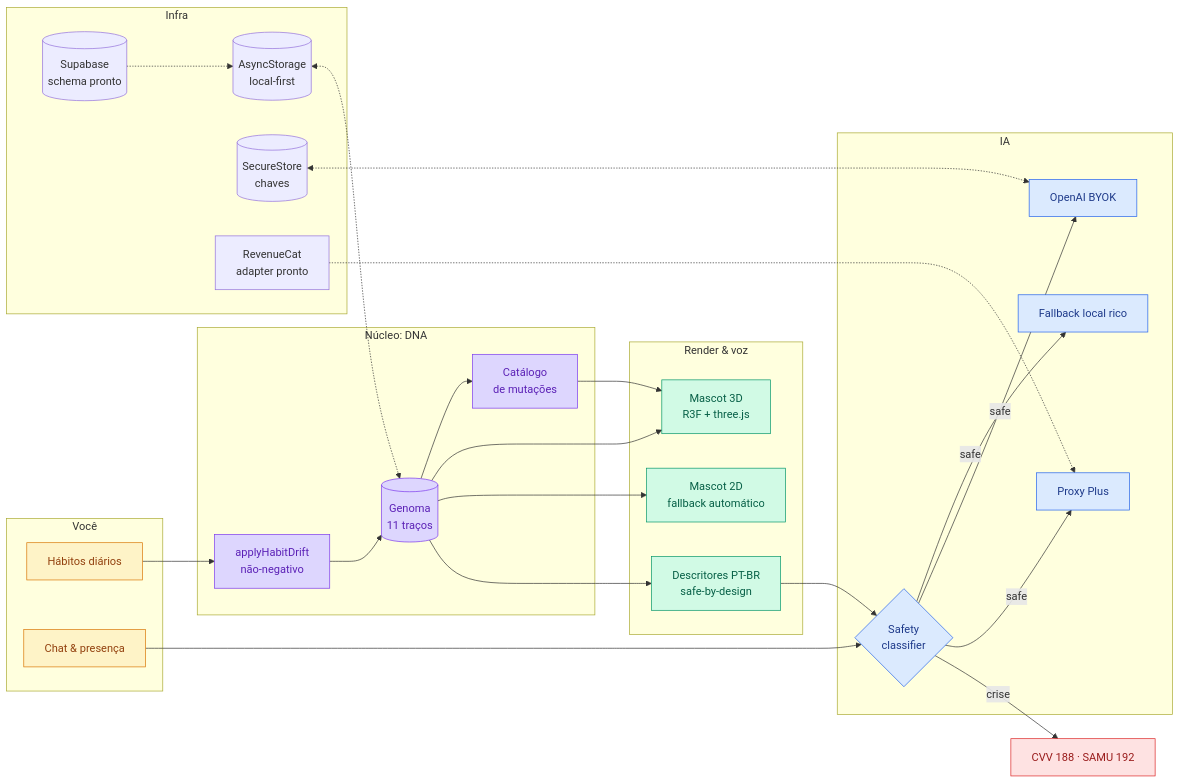
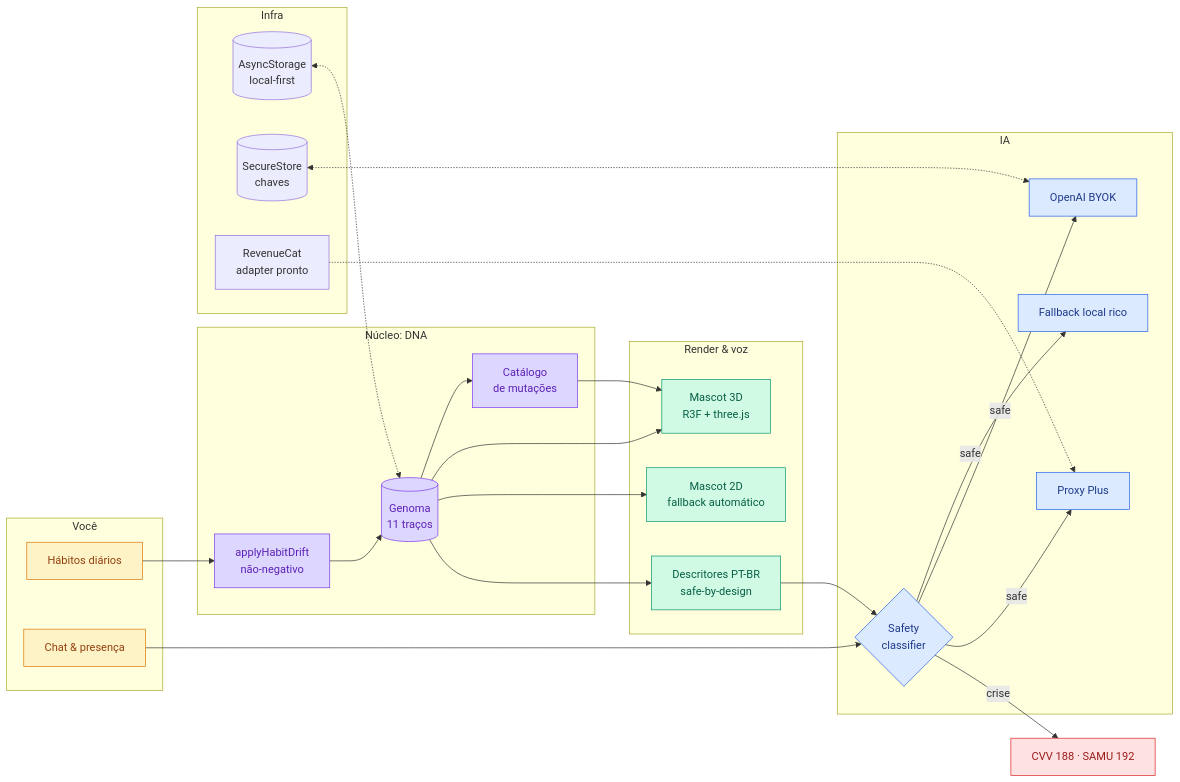
Before and after one commit to felipemenezes25000-spec/mascote: the first of 2 diagrams in README.md, drawn with Mermaid. The commit also changed other lines of this file and 108 other files, not shown here.

````diff
--- a/README.md
+++ b/README.md
@@ -102,53 +102,51 @@
 ```mermaid
 flowchart LR
   subgraph Você["Você"]
     H[Hábitos diários]
     C[Chat & presença]
   end
   subgraph DNA["Núcleo: DNA"]
     G[(Genoma<br/>11 traços)]
     DR[applyHabitDrift<br/>não-negativo]
     MUT[Catálogo<br/>de mutações]
   end
   subgraph Render["Render & voz"]
     M3D[Mascot 3D<br/>R3F + three.js]
     M2D[Mascot 2D<br/>fallback automático]
     DESC[Descritores PT-BR<br/>safe-by-design]
   end
   subgraph IA["IA"]
     L1{Safety<br/>classifier}
     LOCAL[Fallback local rico]
     BYOK[OpenAI BYOK]
     PROXY[Proxy Plus]
   end
   subgraph Infra["Infra"]
     AS[(AsyncStorage<br/>local-first)]
     SS[(SecureStore<br/>chaves)]
-    SB[(Supabase<br/>schema pronto)]
     RC[RevenueCat<br/>adapter pronto]
   end
 
   H --> DR --> G
   C --> L1
   G --> MUT --> M3D
   G --> M3D
   G --> M2D
   G --> DESC --> L1
   L1 -->|safe| LOCAL & BYOK & PROXY
   L1 -->|crise| CRISE[CVV 188 · SAMU 192]
   AS <-.-> G
   SS <-.-> BYOK
-  SB -.-> AS
   RC -.-> PROXY
 
   classDef you fill:#FEF3C7,stroke:#D97706,color:#92400E
   classDef dna fill:#DDD6FE,stroke:#7C3AED,color:#5B21B6
   classDef render fill:#D1FAE5,stroke:#059669,color:#065F46
   classDef ai fill:#DBEAFE,stroke:#2563EB,color:#1E3A8A
   classDef crisis fill:#FEE2E2,stroke:#DC2626,color:#991B1B
   class H,C you
   class G,DR,MUT dna
   class M3D,M2D,DESC render
   class L1,LOCAL,BYOK,PROXY ai
   class CRISE crisis
 ```
````
